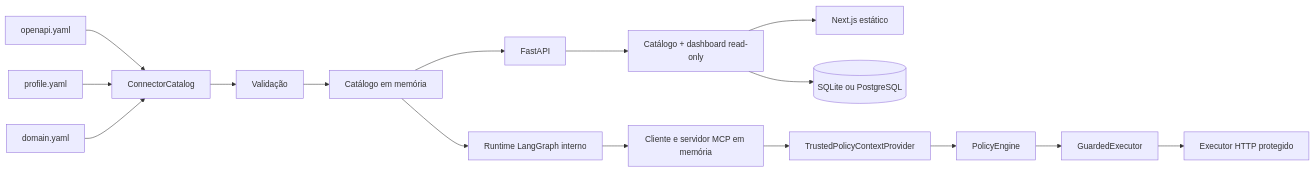
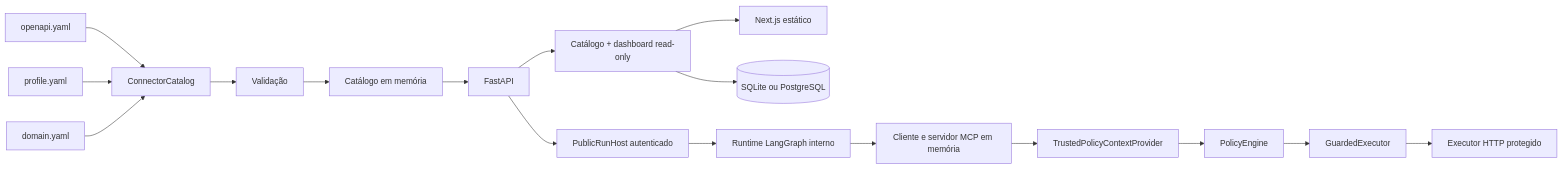
Before and after one commit to ChristianGandra21/indusguard: the first of 3 diagrams in docs/GUIA_COMPLETO.md, drawn with Mermaid. The commit also changed other lines of this file and 19 other files, not shown here.

Commit message:
feat: add authenticated public agent host

````diff
--- a/docs/GUIA_COMPLETO.md
+++ b/docs/GUIA_COMPLETO.md
@@ -341,19 +347,20 @@
 ```mermaid
 flowchart LR
     O[openapi.yaml] --> C[ConnectorCatalog]
     Y[profile.yaml] --> C
     D[domain.yaml] --> C
     C --> V[Validação]
     V --> M[Catálogo em memória]
     M --> F[FastAPI]
     F --> R[Catálogo + dashboard read-only]
+    F --> H[PublicRunHost autenticado]
     R --> W[Next.js estático]
     R --> DB[(SQLite ou PostgreSQL)]
 
-    M --> A[Runtime LangGraph interno]
+    H --> A[Runtime LangGraph interno]
     A --> MCP[Cliente e servidor MCP em memória]
     MCP --> T[TrustedPolicyContextProvider]
     T --> P[PolicyEngine]
     P --> G[GuardedExecutor]
     G --> E[Executor HTTP protegido]
 ```
````
